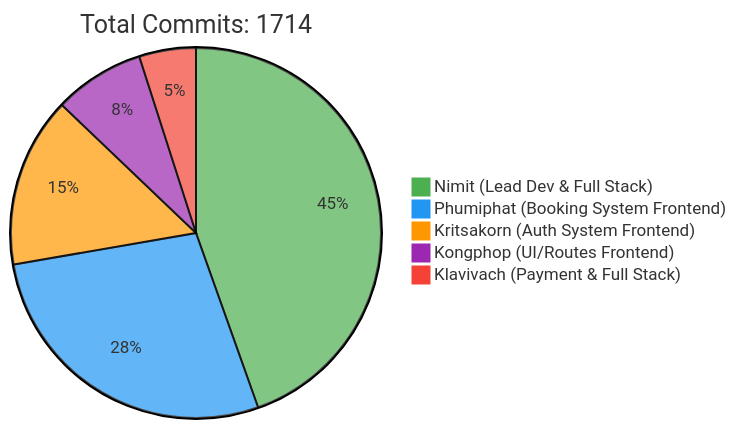
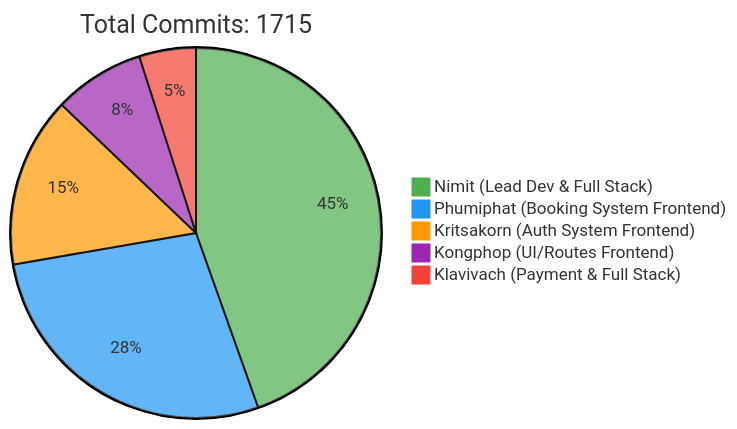
One commit to 6531503042/Sport-Complex changed the first of 2 diagrams in README.md. Above: the diagram before and after it, drawn with Mermaid. The commit also changed other lines of this file, not shown here.

Commit message:
docs: Update contributor statistics [skip ci]

````diff
--- a/README.md
+++ b/README.md
@@ -257,10 +257,10 @@
 ```mermaid
 %%{init: {'theme': 'base', 'themeVariables': { 'pie1': '#4CAF50', 'pie2': '#2196F3', 'pie3': '#FF9800', 'pie4': '#9C27B0', 'pie5': '#F44336'}}}%%
 pie
-    title Total Commits: 1714
+    title Total Commits: 1715
     "Nimit (Lead Dev & Full Stack)" : 450
     "Phumiphat (Booking System Frontend)" : 280
     "Kritsakorn (Auth System Frontend)" : 150
     "Kongphop (UI/Routes Frontend)" : 80
     "Klavivach (Payment & Full Stack)" : 50
 ```
````
